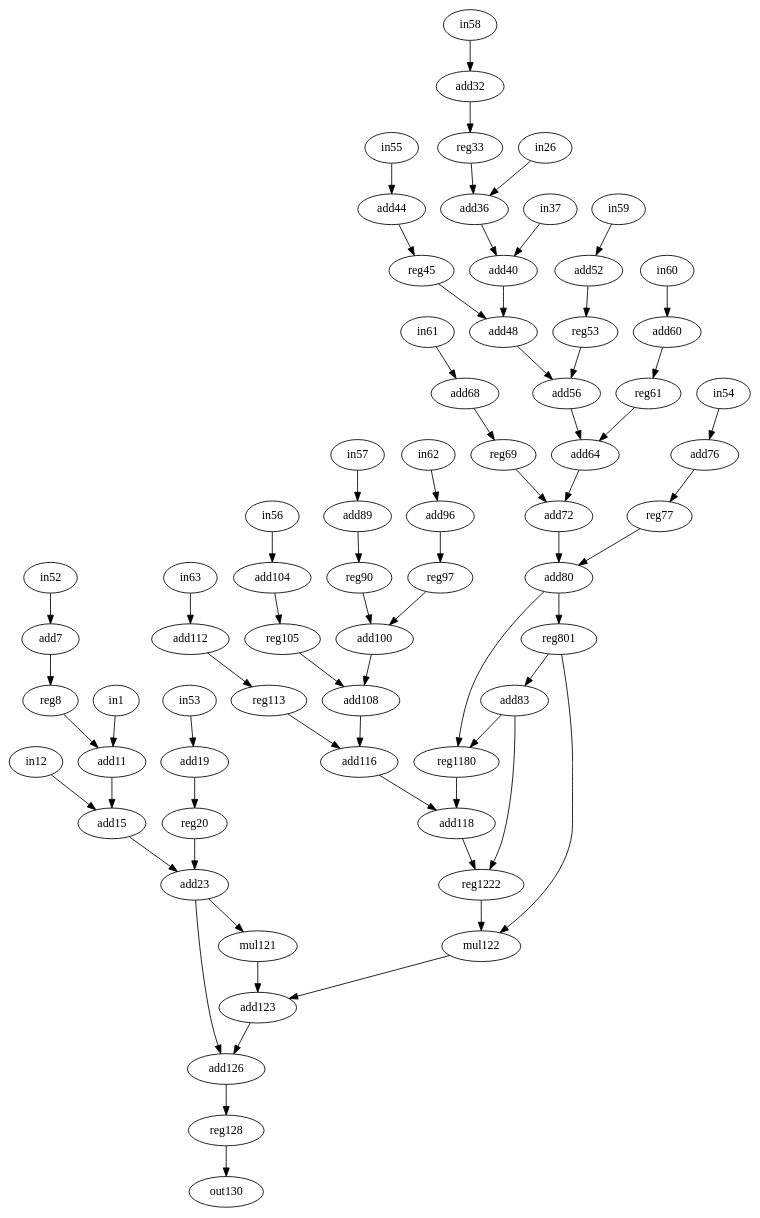
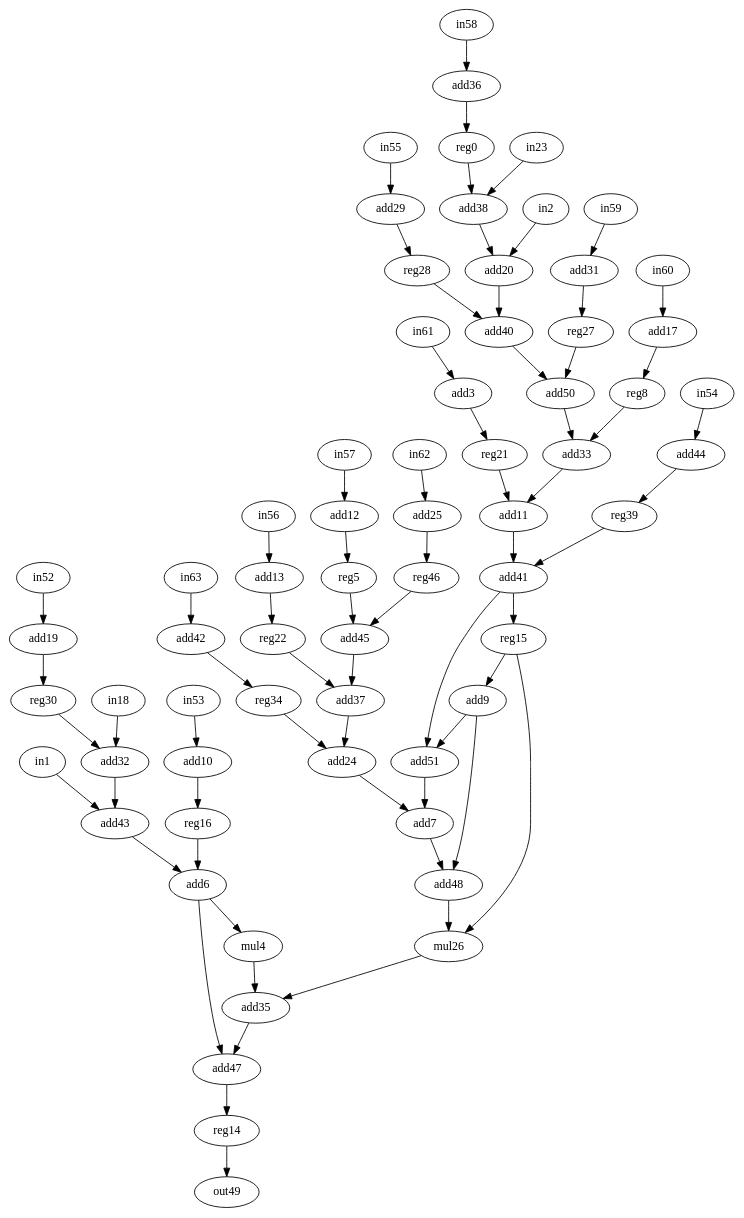
One commit to jeronimopenha/traversal_project changed the diagram in bench/test_bench/sincrono/h2v2_smooth.dot. Above: the diagram before and after it, drawn with Graphviz. The commit also changed 61 other files, not shown here.

```diff
--- a/bench/test_bench/sincrono/h2v2_smooth.dot
+++ b/bench/test_bench/sincrono/h2v2_smooth.dot
@@ -1,133 +1,133 @@
-digraph "h2v2_smooth" {
-0 [label=reg33, op=reg];
-1 [label=in12, op=in];
-2 [label=in37, op=in];
-3 [label=add68, op=addi, value=2];
-4 [label=mul121, op=muli, value=2];
-5 [label=reg90, op=reg];
-6 [label=add23, op=add];
-7 [label=add118, op=add];
-8 [label=reg61, op=reg];
-9 [label=add83, op=addi, value=2];
-10 [label=add19, op=addi, value=2];
-11 [label=add72, op=add];
-12 [label=add89, op=addi, value=2];
-13 [label=add104, op=addi, value=2];
-14 [label=reg128, op=reg];
-15 [label=reg801, op=reg];
-16 [label=reg20, op=reg];
-17 [label=add60, op=addi, value=2];
-18 [label=in1, op=in];
-19 [label=add7, op=addi, value=2];
-20 [label=add40, op=add];
-21 [label=reg69, op=reg];
-22 [label=reg105, op=reg];
-23 [label=in26, op=in];
-24 [label=add116, op=add];
-25 [label=add96, op=addi, value=2];
-26 [label=mul122, op=mul];
-27 [label=reg53, op=reg];
-28 [label=reg45, op=reg];
-29 [label=add44, op=addi, value=2];
-30 [label=reg8, op=reg];
-31 [label=add52, op=addi, value=2];
-32 [label=add11, op=add];
-33 [label=add64, op=add];
-34 [label=reg113, op=reg];
-35 [label=add123, op=add];
-36 [label=add32, op=addi, value=2];
-37 [label=add108, op=add];
-38 [label=add36, op=add];
-39 [label=reg77, op=reg];
-40 [label=add48, op=add];
-41 [label=add80, op=add];
-42 [label=add112, op=addi, value=2];
-43 [label=add15, op=add];
-44 [label=add76, op=addi, value=2];
-45 [label=add100, op=add];
-46 [label=reg97, op=reg];
-47 [label=add126, op=add];
-48 [label=reg1222, op=reg];
-49 [label=out130, op=out];
-50 [label=add56, op=add];
-51 [label=reg1180, op=reg];
-52 [label=in52, op=in];
-53 [label=in53, op=in];
-54 [label=in54, op=in];
-55 [label=in55, op=in];
-56 [label=in56, op=in];
-57 [label=in57, op=in];
-58 [label=in58, op=in];
-59 [label=in59, op=in];
-60 [label=in60, op=in];
-61 [label=in61, op=in];
-62 [label=in62, op=in];
-63 [label=in63, op=in];
+strict digraph "h2v2_smooth" {
+0 [alap=2, asap=2, label=reg0, op=reg];
+1 [alap=12, asap=0, label=in1, op=in];
+2 [alap=3, asap=0, label=in2, op=in];
+3 [alap=6, asap=1, label=add3, op=addi, value=2];
+4 [alap=15, asap=6, label=mul4, op=muli, value=2];
+5 [alap=9, asap=2, label=reg5, op=reg];
+6 [alap=14, asap=5, label=add6, op=add];
+7 [alap=13, asap=13, label=add7, op=add];
+8 [alap=6, asap=2, label=reg8, op=reg];
+9 [alap=11, asap=11, label=add9, op=addi, value=2];
+10 [alap=12, asap=1, label=add10, op=addi, value=2];
+11 [alap=8, asap=8, label=add11, op=add];
+12 [alap=8, asap=1, label=add12, op=addi, value=2];
+13 [alap=9, asap=1, label=add13, op=addi, value=2];
+14 [alap=18, asap=18, label=reg14, op=reg];
+15 [alap=10, asap=10, label=reg15, op=reg];
+16 [alap=13, asap=2, label=reg16, op=reg];
+17 [alap=5, asap=1, label=add17, op=addi, value=2];
+18 [alap=11, asap=0, label=in18, op=in];
+19 [alap=10, asap=1, label=add19, op=addi, value=2];
+20 [alap=4, asap=4, label=add20, op=add];
+21 [alap=7, asap=2, label=reg21, op=reg];
+22 [alap=10, asap=2, label=reg22, op=reg];
+23 [alap=2, asap=0, label=in23, op=in];
+24 [alap=12, asap=5, label=add24, op=add];
+25 [alap=8, asap=1, label=add25, op=addi, value=2];
+26 [alap=15, asap=15, label=mul26, op=mul];
+27 [alap=5, asap=2, label=reg27, op=reg];
+28 [alap=4, asap=2, label=reg28, op=reg];
+29 [alap=3, asap=1, label=add29, op=addi, value=2];
+30 [alap=11, asap=2, label=reg30, op=reg];
+31 [alap=4, asap=1, label=add31, op=addi, value=2];
+32 [alap=12, asap=3, label=add32, op=add];
+33 [alap=7, asap=7, label=add33, op=add];
+34 [alap=11, asap=2, label=reg34, op=reg];
+35 [alap=16, asap=16, label=add35, op=add];
+36 [alap=1, asap=1, label=add36, op=addi, value=2];
+37 [alap=11, asap=4, label=add37, op=add];
+38 [alap=3, asap=3, label=add38, op=add];
+39 [alap=8, asap=2, label=reg39, op=reg];
+40 [alap=5, asap=5, label=add40, op=add];
+41 [alap=9, asap=9, label=add41, op=add];
+42 [alap=10, asap=1, label=add42, op=addi, value=2];
+43 [alap=13, asap=4, label=add43, op=add];
+44 [alap=7, asap=1, label=add44, op=addi, value=2];
+45 [alap=10, asap=3, label=add45, op=add];
+46 [alap=9, asap=2, label=reg46, op=reg];
+47 [alap=17, asap=17, label=add47, op=add];
+48 [alap=14, asap=14, label=add48, op=add];
+49 [alap=19, asap=19, label=out49, op=out];
+50 [alap=6, asap=6, label=add50, op=add];
+51 [alap=12, asap=12, label=add51, op=add];
+52 [alap=9, asap=0, label=in52, op=in];
+53 [alap=11, asap=0, label=in53, op=in];
+54 [alap=6, asap=0, label=in54, op=in];
+55 [alap=2, asap=0, label=in55, op=in];
+56 [alap=8, asap=0, label=in56, op=in];
+57 [alap=7, asap=0, label=in57, op=in];
+58 [alap=0, asap=0, label=in58, op=in];
+59 [alap=3, asap=0, label=in59, op=in];
+60 [alap=4, asap=0, label=in60, op=in];
+61 [alap=5, asap=0, label=in61, op=in];
+62 [alap=7, asap=0, label=in62, op=in];
+63 [alap=9, asap=0, label=in63, op=in];
 0 -> 38  [port=0, w=0];
 1 -> 43  [port=0, w=0];
 2 -> 20  [port=0, w=0];
 3 -> 21  [port=0, w=0];
 4 -> 35  [port=0, w=0];
 5 -> 45  [port=0, w=0];
 6 -> 4  [port=0, w=0];
 6 -> 47  [port=0, w=0];
 7 -> 48  [port=0, w=0];
 8 -> 33  [port=0, w=0];
 9 -> 48  [port=1, w=0];
 9 -> 51  [port=0, w=0];
 10 -> 16  [port=0, w=0];
 11 -> 41  [port=0, w=0];
 12 -> 5  [port=0, w=0];
 13 -> 22  [port=0, w=0];
 14 -> 49  [port=0, w=0];
 15 -> 9  [port=0, w=0];
 15 -> 26  [port=0, w=0];
 16 -> 6  [port=0, w=0];
 17 -> 8  [port=0, w=0];
 18 -> 32  [port=0, w=0];
 19 -> 30  [port=0, w=0];
 20 -> 40  [port=0, w=0];
 21 -> 11  [port=0, w=0];
 22 -> 37  [port=0, w=0];
 23 -> 38  [port=1, w=0];
 24 -> 7  [port=0, w=0];
 25 -> 46  [port=0, w=0];
 26 -> 35  [port=1, w=0];
 27 -> 50  [port=0, w=0];
 28 -> 40  [port=1, w=0];
 29 -> 28  [port=0, w=0];
 30 -> 32  [port=1, w=0];
 31 -> 27  [port=0, w=0];
 32 -> 43  [port=1, w=0];
 33 -> 11  [port=1, w=0];
 34 -> 24  [port=0, w=0];
 35 -> 47  [port=1, w=0];
 36 -> 0  [port=0, w=0];
 37 -> 24  [port=1, w=0];
 38 -> 20  [port=1, w=0];
 39 -> 41  [port=1, w=0];
 40 -> 50  [port=1, w=0];
 41 -> 15  [port=0, w=0];
 41 -> 51  [port=1, w=0];
 42 -> 34  [port=0, w=0];
 43 -> 6  [port=1, w=0];
 44 -> 39  [port=0, w=0];
 45 -> 37  [port=1, w=0];
 46 -> 45  [port=1, w=0];
 47 -> 14  [port=0, w=0];
 48 -> 26  [port=1, w=0];
 50 -> 33  [port=1, w=0];
 51 -> 7  [port=1, w=0];
 52 -> 19  [port=0, w=0];
 53 -> 10  [port=0, w=0];
 54 -> 44  [port=0, w=0];
 55 -> 29  [port=0, w=0];
 56 -> 13  [port=0, w=0];
 57 -> 12  [port=0, w=0];
 58 -> 36  [port=0, w=0];
 59 -> 31  [port=0, w=0];
 60 -> 17  [port=0, w=0];
 61 -> 3  [port=0, w=0];
 62 -> 25  [port=0, w=0];
 63 -> 42  [port=0, w=0];
 }
```
